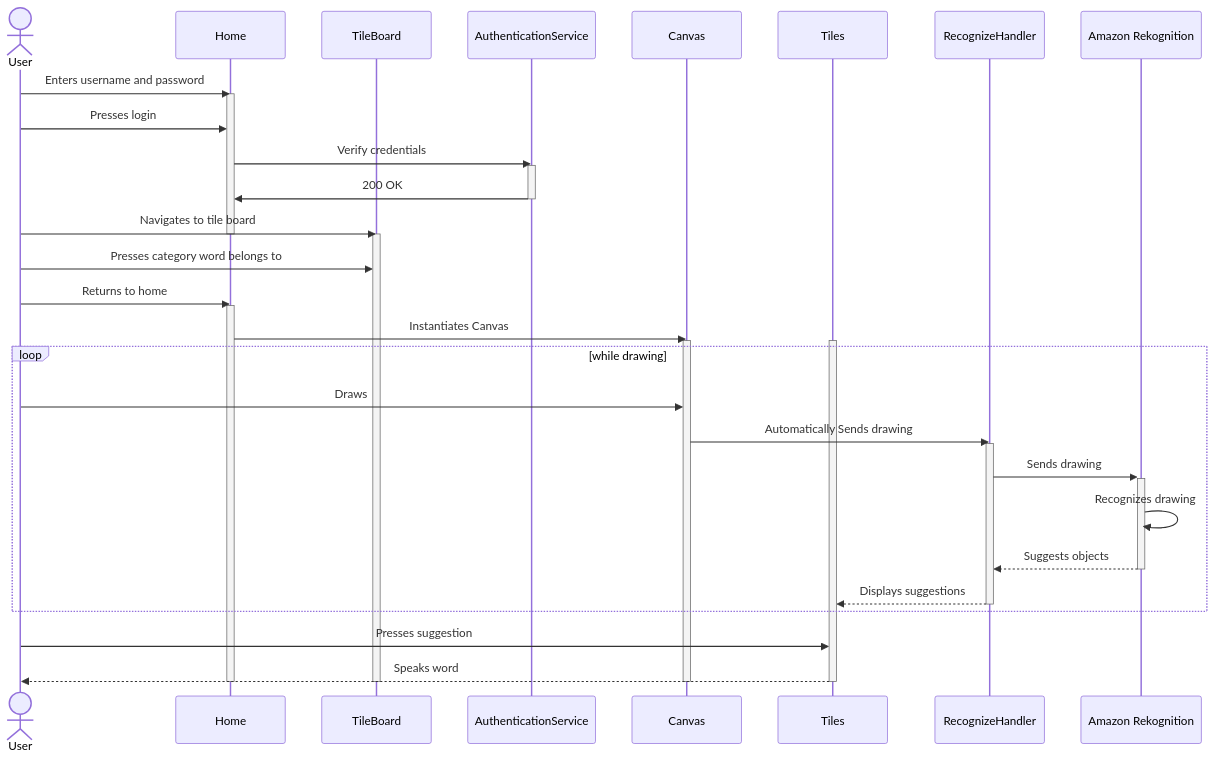
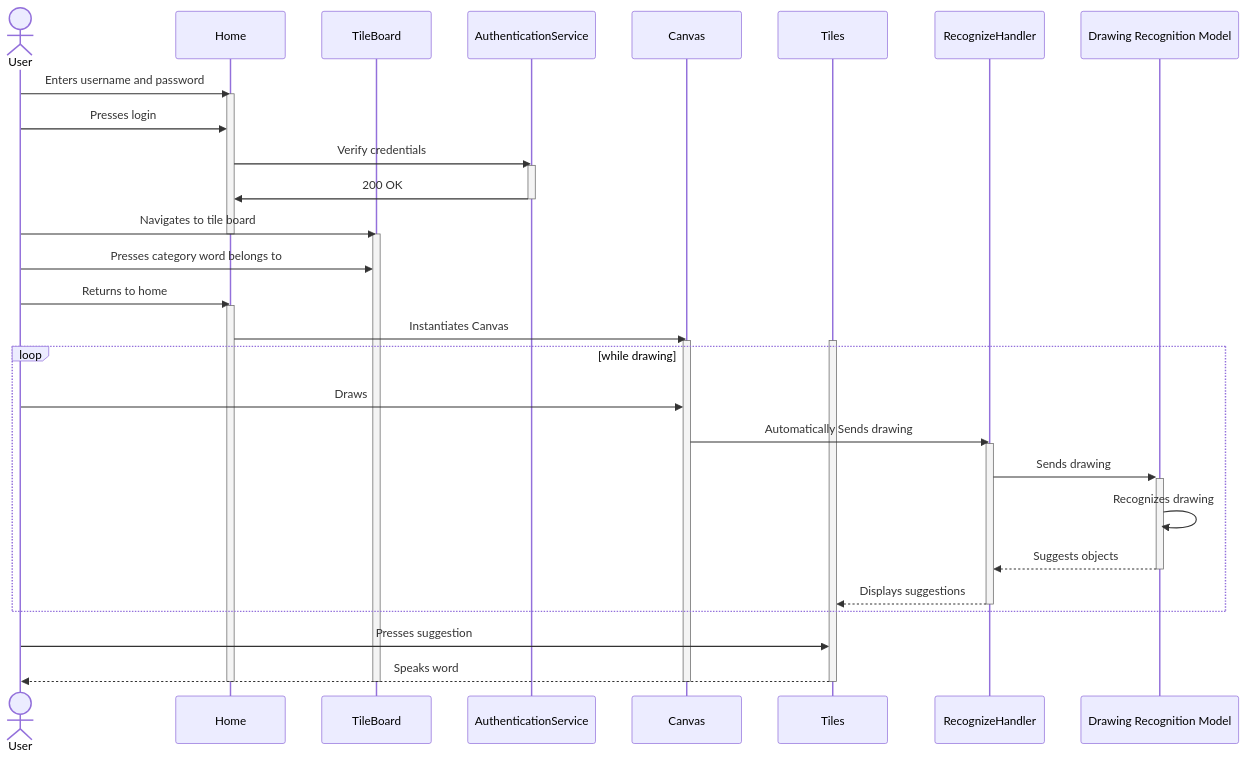
One commit to Capstone-Projects-2023-Fall/project-smartspeech changed the fifth of 10 diagrams in documentation/docs/system-architecture/SequenceDiagrams.md. Above: the diagram before and after it, drawn with Mermaid. The commit also changed other lines of this file and 2 other files, not shown here.

Commit message:
Updates UML diagrams

````diff
--- a/documentation/docs/system-architecture/SequenceDiagrams.md
+++ b/documentation/docs/system-architecture/SequenceDiagrams.md
@@ -212,54 +209,54 @@
 ```mermaid
 sequenceDiagram
     actor U as User
     participant H as Home
     participant TB as TileBoard
     participant A as AuthenticationService
     participant C as Canvas
     participant T as Tiles
     participant RH as RecognizeHandler
-    participant AR as Amazon Rekognition
+    participant AR as Drawing Recognition Model
 
     U->>H: Enters username and password
     activate H
 
     U->>H: Presses login
     H->>A: Verify credentials
     activate A
     A->>H: 200 OK
     deactivate A
     U->>TB: Navigates to tile board
     deactivate H
     activate TB
-    
+
     U->>TB: Presses category word belongs to
 
     U->>H: Returns to home
     activate H
 
     H->>C: Instantiates Canvas
 
     activate C
     activate T
-    
+
     loop while drawing
         U->>C: Draws
         C->>RH: Automatically Sends drawing
         activate RH
         RH->>+AR: Sends drawing
         AR->>AR: Recognizes drawing
         AR-->>-RH: Suggests objects
         RH-->>T: Displays suggestions
         deactivate RH
     end
-    
+
     U->>T: Presses suggestion
     T-->>U: Speaks word
 
     deactivate C
     deactivate T
 
     deactivate H
 
     deactivate TB
 ```
````
